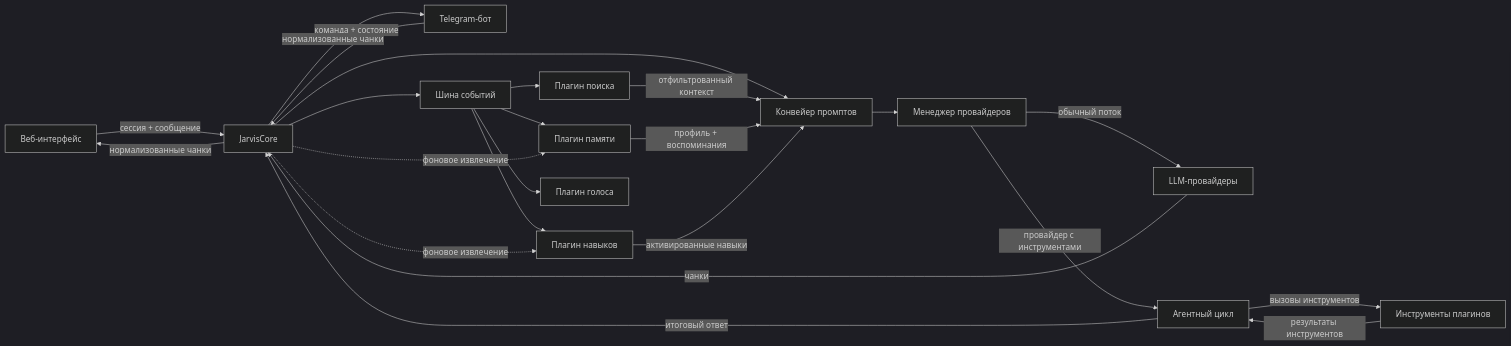
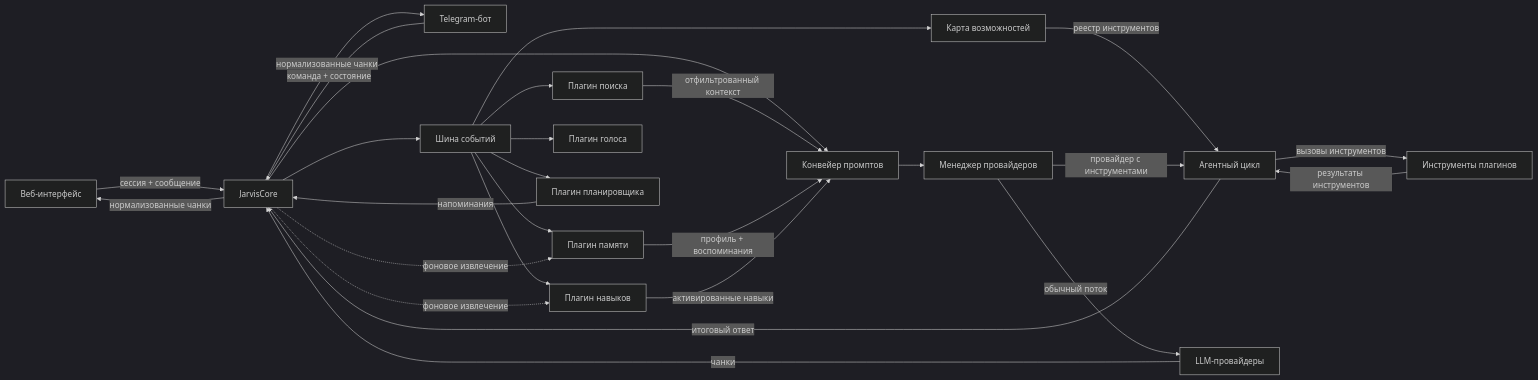
The diagram in README.md (NWing1202/JARVIS-Case-Study), drawn with Mermaid (dark theme) before and after one commit. The commit also changed other lines of this file and 12 other files, not shown here.

````diff
--- a/README.md
+++ b/README.md
@@ -41,25 +46,29 @@
 ```mermaid
 flowchart LR
   W[Веб-интерфейс] -->|сессия + сообщение| C[JarvisCore]
   T[Telegram-бот] -->|команда + состояние| C
   C --> P[Конвейер промптов]
   C --> E[Шина событий]
   E --> S[Плагин поиска]
   E --> M[Плагин памяти]
   E --> K[Плагин навыков]
   E --> V[Плагин голоса]
+  E --> R[Плагин планировщика]
+  E --> G[Карта возможностей]
   S -->|отфильтрованный контекст| P
   M -->|профиль + воспоминания| P
   K -->|активированные навыки| P
+  R -->|напоминания| C
+  G -->|реестр инструментов| AL
   P --> PM[Менеджер провайдеров]
   PM -->|обычный поток| LP[LLM-провайдеры]
   PM -->|провайдер с инструментами| AL[Агентный цикл]
   AL -->|вызовы инструментов| PL[Инструменты плагинов]
   PL -->|результаты инструментов| AL
   AL -->|итоговый ответ| C
   LP -->|чанки| C
   C -->|нормализованные чанки| W
   C -->|нормализованные чанки| T
   C -. фоновое извлечение .-> M
   C -. фоновое извлечение .-> K
 ```
````
